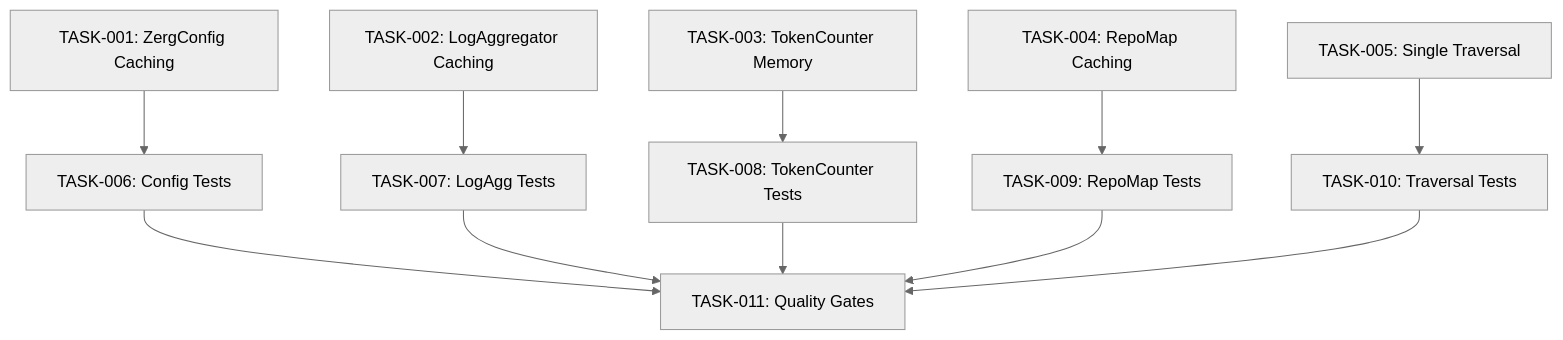
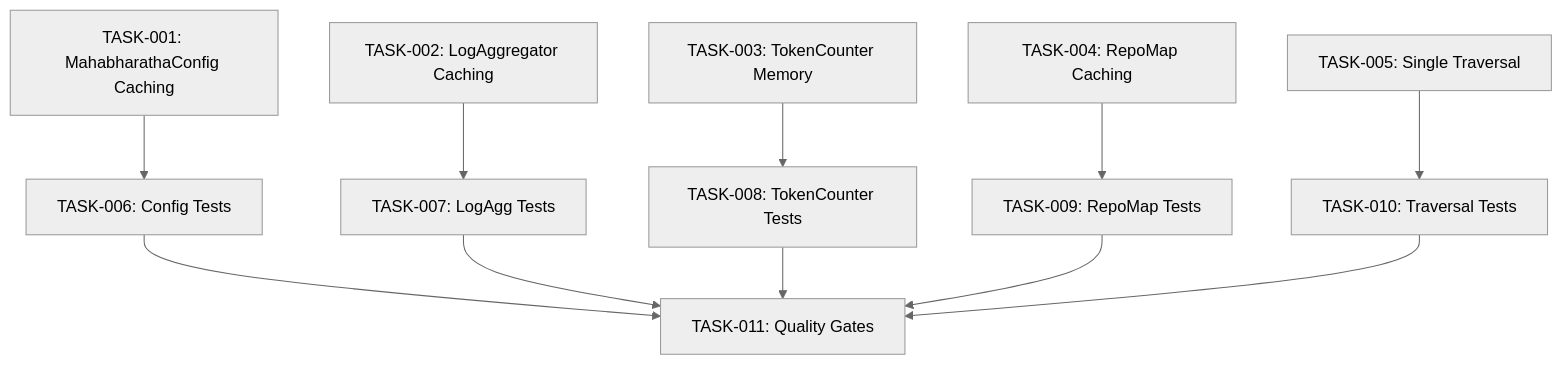
Before and after one commit to thedataengineer/mahabharatha: the diagram in .gsd/specs/performance-core/design.md, drawn with Mermaid (neutral theme). The commit also changed other lines of this file and 446 other files, not shown here.

First line of the commit message:
chore: full repository rebrand from Zerg to Mahabharatha

````diff
--- a/.gsd/specs/performance-core/design.md
+++ b/.gsd/specs/performance-core/design.md
@@ -567,13 +567,13 @@
 ```mermaid
 graph TD
-    T001[TASK-001: ZergConfig Caching] --> T006[TASK-006: Config Tests]
+    T001[TASK-001: MahabharathaConfig Caching] --> T006[TASK-006: Config Tests]
     T002[TASK-002: LogAggregator Caching] --> T007[TASK-007: LogAgg Tests]
     T003[TASK-003: TokenCounter Memory] --> T008[TASK-008: TokenCounter Tests]
     T004[TASK-004: RepoMap Caching] --> T009[TASK-009: RepoMap Tests]
     T005[TASK-005: Single Traversal] --> T010[TASK-010: Traversal Tests]
     T006 --> T011[TASK-011: Quality Gates]
     T007 --> T011
     T008 --> T011
     T009 --> T011
     T010 --> T011
 ```
````
